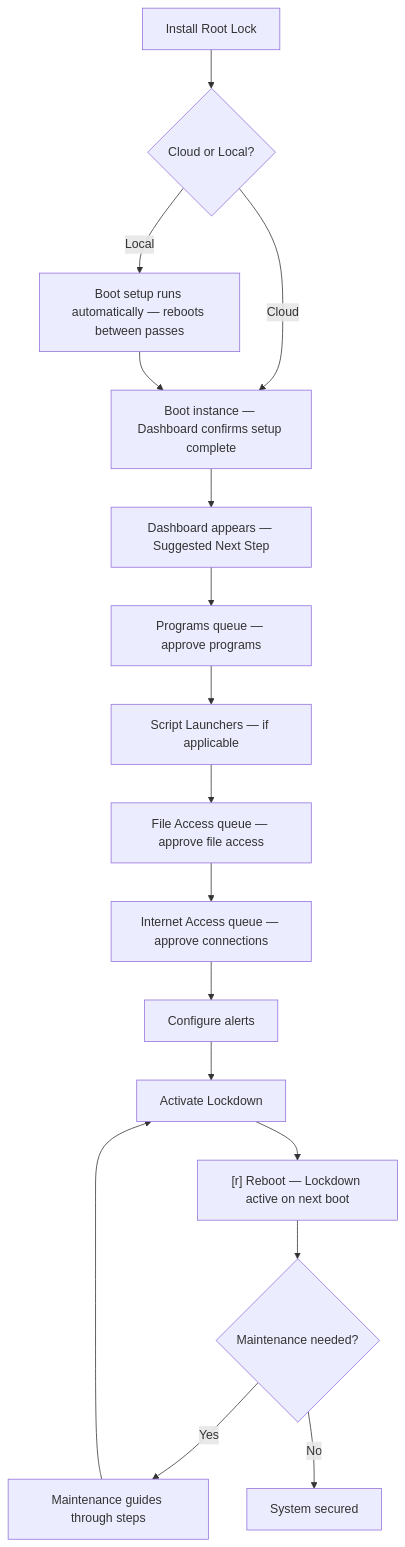
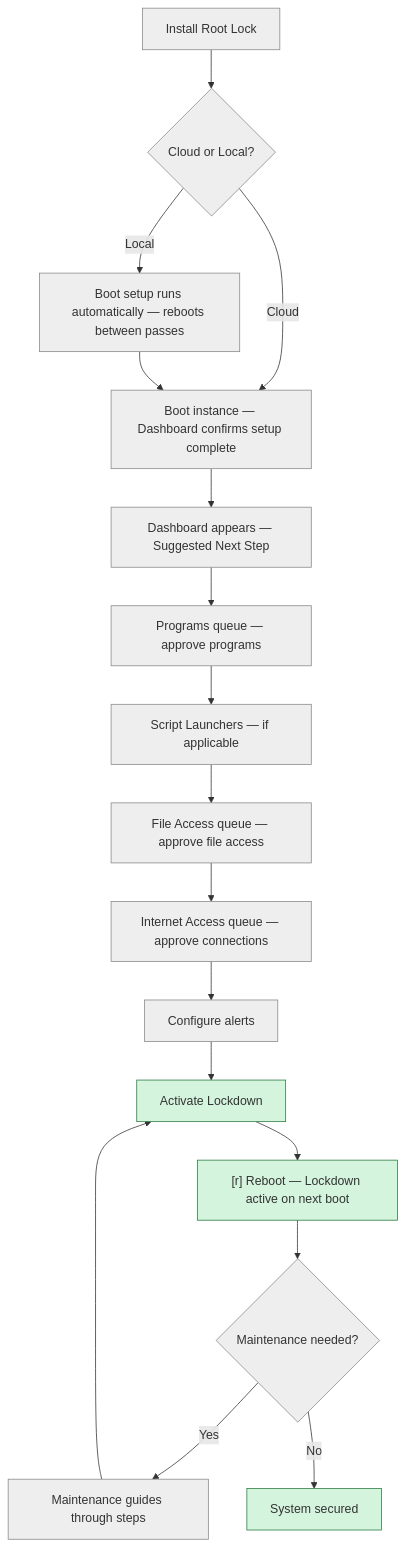
One commit to HeartSecuritySuite/heartsuite-docs changed the diagram in content/en/docs/introduction/setup-overview/_index.md. Above: the diagram before and after it, drawn with Mermaid.

Commit message:
docs: color the install-to-Lockdown mermaid
Setup and queue nodes use gray; Activate Lockdown, the Lockdown reboot,
and System secured use green. Same Kernel architecture palette as Mode
switching.

````diff
--- a/content/en/docs/introduction/setup-overview/_index.md
+++ b/content/en/docs/introduction/setup-overview/_index.md
@@ -60,19 +60,35 @@
 ```mermaid
 graph TD
     A[Install Root Lock] --> B{Cloud or Local?}
     B -- Cloud --> C[Boot instance — Dashboard confirms setup complete]
     B -- Local --> D["Boot setup runs automatically — reboots between passes"]
     D --> C
     C --> E[Dashboard appears — Suggested Next Step]
     E --> F["Programs queue — approve programs"]
     F --> G["Script Launchers — if applicable"]
     G --> H["File Access queue — approve file access"]
     H --> I["Internet Access queue — approve connections"]
     I --> J["Configure alerts"]
     J --> K["Activate Lockdown"]
     K --> L["[r] Reboot — Lockdown active on next boot"]
     L --> M{Maintenance needed?}
     M -- Yes --> N["Maintenance guides through steps"]
     N --> K
     M -- No --> O[System secured]
+
+    style A fill:#eee,stroke:#888
+    style B fill:#eee,stroke:#888
+    style C fill:#eee,stroke:#888
+    style D fill:#eee,stroke:#888
+    style E fill:#eee,stroke:#888
+    style F fill:#eee,stroke:#888
+    style G fill:#eee,stroke:#888
+    style H fill:#eee,stroke:#888
+    style I fill:#eee,stroke:#888
+    style J fill:#eee,stroke:#888
+    style M fill:#eee,stroke:#888
+    style N fill:#eee,stroke:#888
+    style K fill:#d4f4dd,stroke:#2a7a40
+    style L fill:#d4f4dd,stroke:#2a7a40
+    style O fill:#d4f4dd,stroke:#2a7a40
 ```
````
